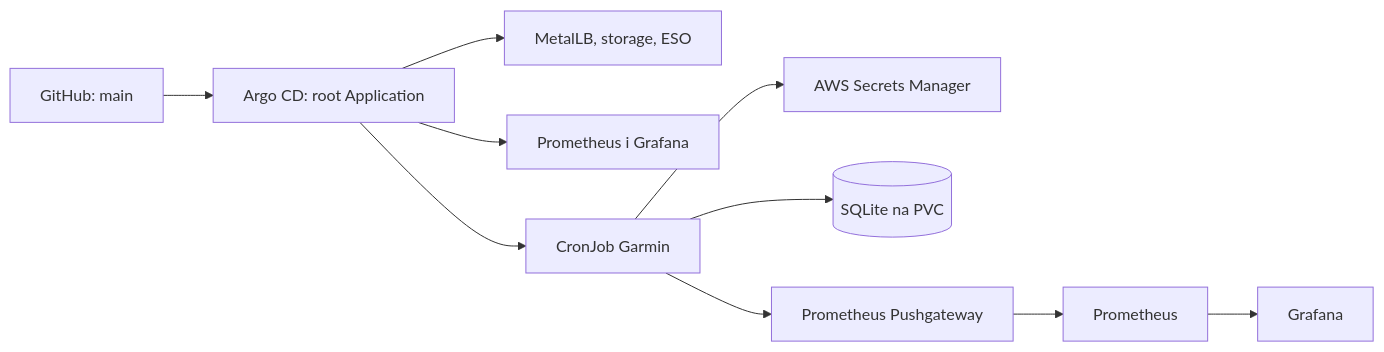
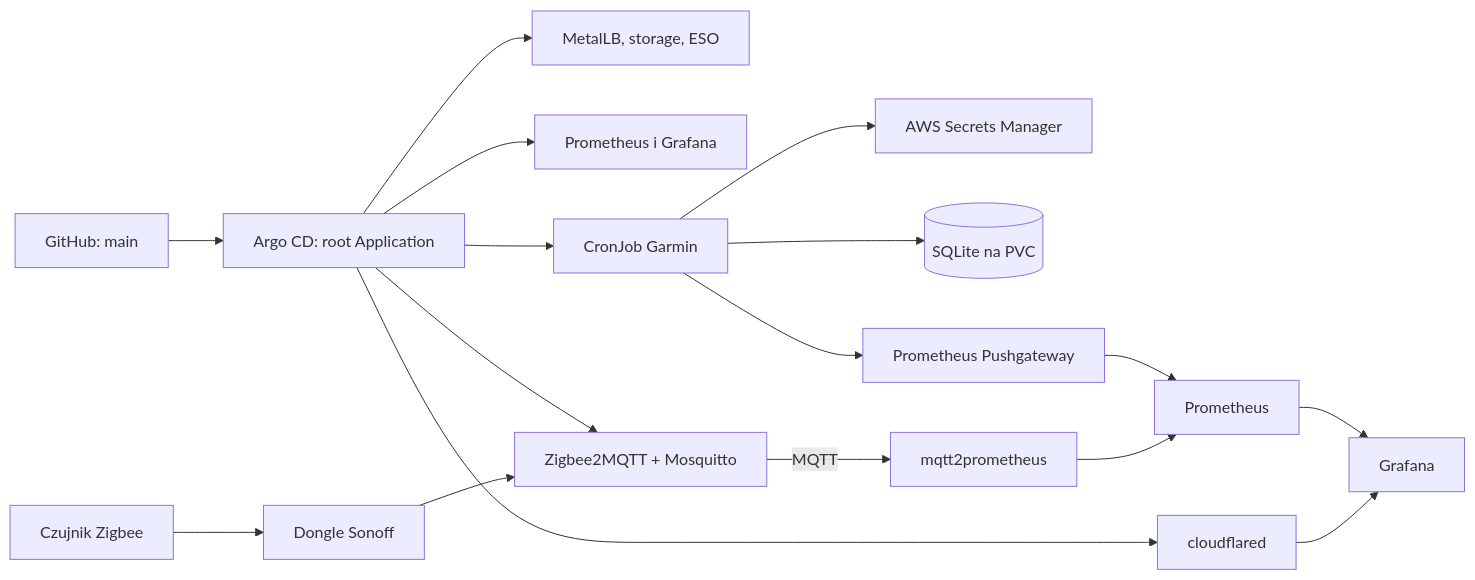
The diagram in README.md (andsidor/HomeLab), drawn with Mermaid before and after one commit. The commit also changed other lines of this file, not shown here.

````diff
--- a/README.md
+++ b/README.md
@@ -9,12 +9,18 @@
 ```mermaid
 flowchart LR
   Git[GitHub: main] --> Root[Argo CD: root Application]
   Root --> Infra[MetalLB, storage, ESO]
   Root --> Monitor[Prometheus i Grafana]
   Root --> Garmin[CronJob Garmin]
   Garmin --> AWS[AWS Secrets Manager]
   Garmin --> PVC[(SQLite na PVC)]
   Garmin --> Pushgateway[Prometheus Pushgateway]
   Pushgateway --> Prometheus[Prometheus]
   Prometheus --> Grafana[Grafana]
+  Root --> Z2M[Zigbee2MQTT + Mosquitto]
+  Sensor[Czujnik Zigbee] --> Dongle[Dongle Sonoff] --> Z2M
+  Z2M -->|MQTT| Exporter[mqtt2prometheus]
+  Exporter --> Prometheus
+  Root --> CF[cloudflared]
+  CF --> Grafana
 ```
````
